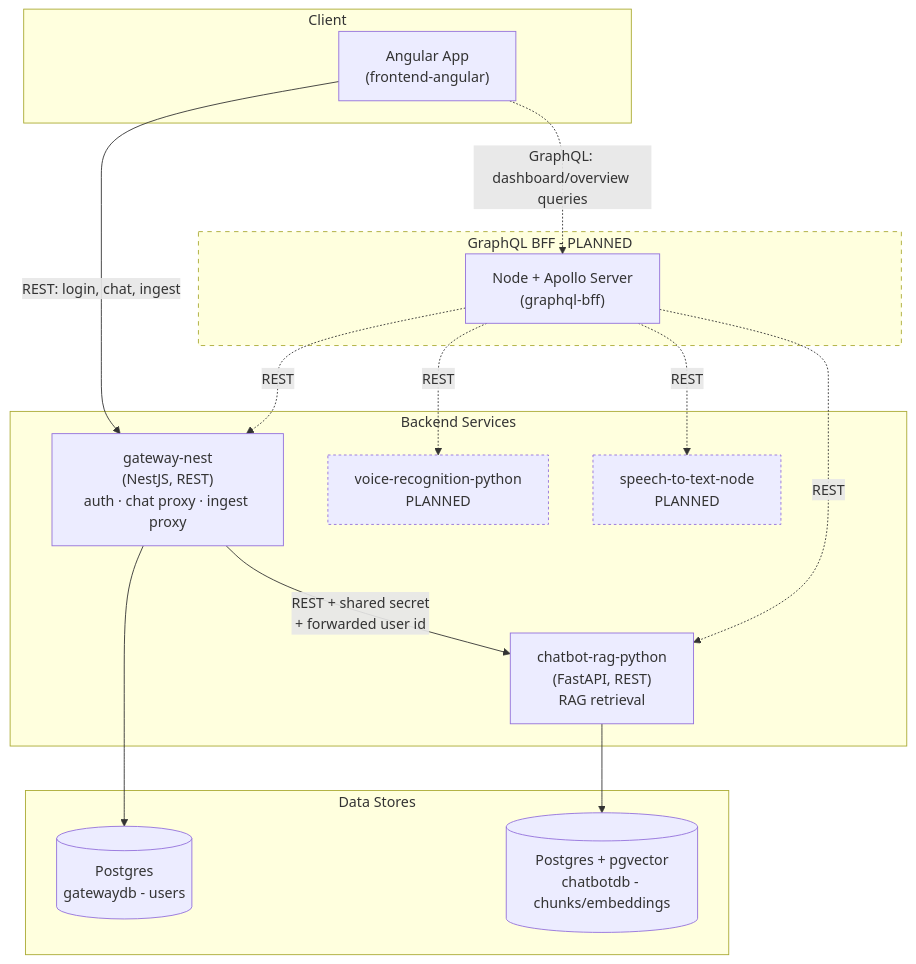
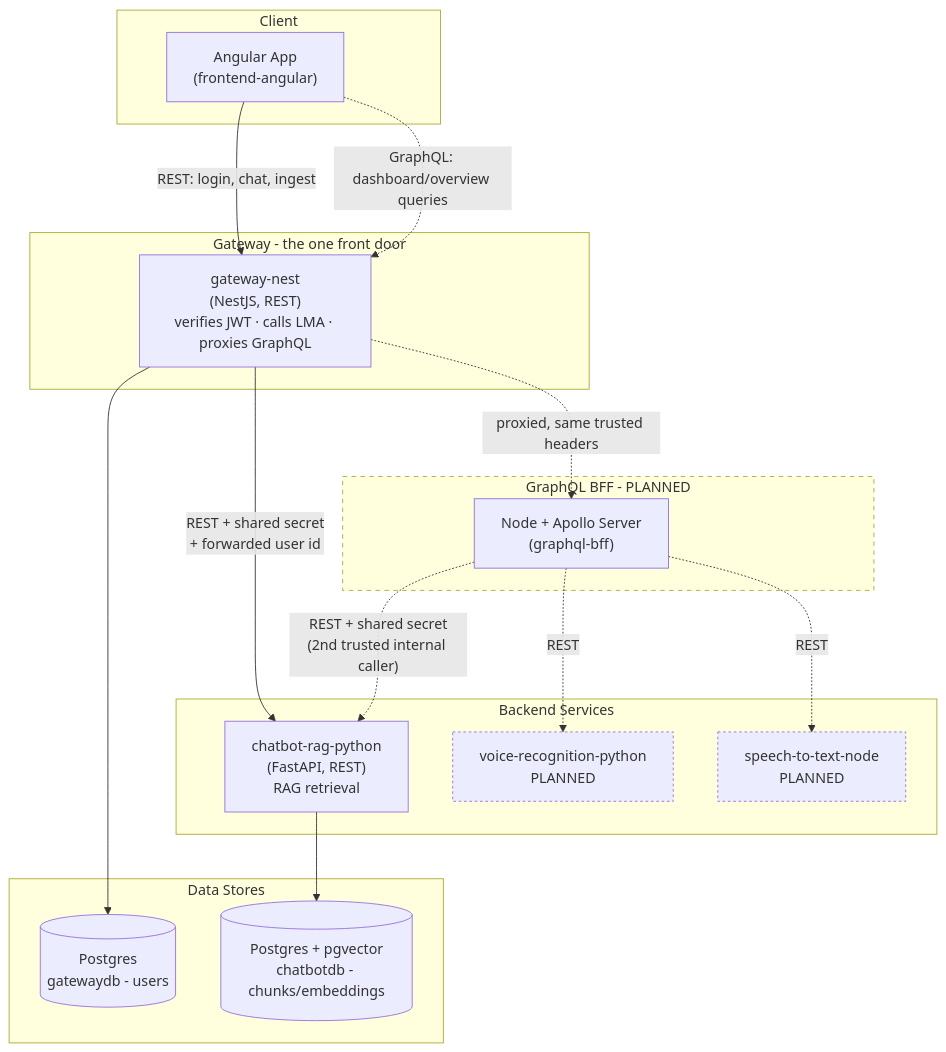
The diagram in ARCHITECTURE.md (nefa/microservices-app), drawn with Mermaid before and after one commit. The commit also changed other lines of this file and 11 other files, not shown here.

````diff
--- a/ARCHITECTURE.md
+++ b/ARCHITECTURE.md
@@ -26,39 +28,46 @@
 ```mermaid
 flowchart TB
     subgraph client["Client"]
         angular["Angular App<br/>(frontend-angular)"]
+    end
+
+    subgraph gw["Gateway - the one front door"]
+        gateway["gateway-nest<br/>(NestJS, REST)<br/>verifies JWT · calls LMA · proxies GraphQL"]
     end
 
     subgraph bff["GraphQL BFF - PLANNED"]
         graphql["Node + Apollo Server<br/>(graphql-bff)"]
     end
 
     subgraph services["Backend Services"]
-        gateway["gateway-nest<br/>(NestJS, REST)<br/>auth · chat proxy · ingest proxy"]
         chatbot["chatbot-rag-python<br/>(FastAPI, REST)<br/>RAG retrieval"]
         voice["voice-recognition-python<br/>PLANNED"]
         stt["speech-to-text-node<br/>PLANNED"]
     end
 
     subgraph data["Data Stores"]
         pg1[("Postgres<br/>gatewaydb - users")]
         pg2[("Postgres + pgvector<br/>chatbotdb - chunks/embeddings")]
     end
 
-    %% Direct REST - actions/writes, unchanged by the BFF
+    %% Every client request - REST or GraphQL - goes to gateway-nest first
     angular -- "REST: login, chat, ingest" --> gateway
+    angular -. "GraphQL: dashboard/overview queries" .-> gateway
     gateway -- "REST + shared secret<br/>+ forwarded user id" --> chatbot
     gateway --> pg1
     chatbot --> pg2
 
-    %% GraphQL BFF - aggregated reads, additive
-    angular -. "GraphQL: dashboard/overview queries" .-> graphql
-    graphql -. "REST" .-> gateway
-    graphql -. "REST" .-> chatbot
+    %% gateway-nest proxies GraphQL straight through - already-verified
+    %% JWT forwarded as trusted headers, graphql-bff never re-verifies it
+    gateway -. "proxied, same trusted headers" .-> graphql
+
+    %% BFF fans out DIRECTLY to services for the aggregation itself -
+    %% no bouncing back through gateway-nest per field
+    graphql -. "REST + shared secret<br/>(2nd trusted internal caller)" .-> chatbot
     graphql -. "REST" .-> voice
     graphql -. "REST" .-> stt
 
     style bff stroke-dasharray: 5 5
     style voice stroke-dasharray: 3 3
     style stt stroke-dasharray: 3 3
 ```
````
